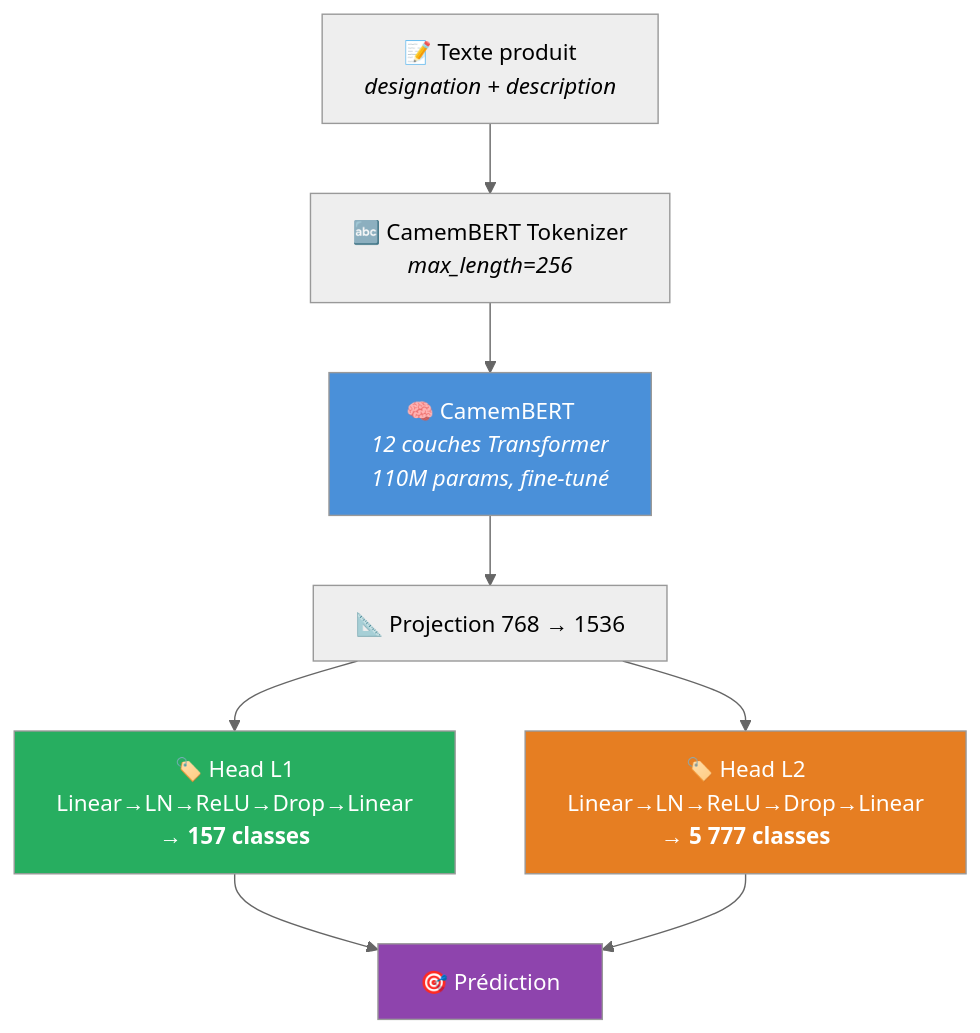
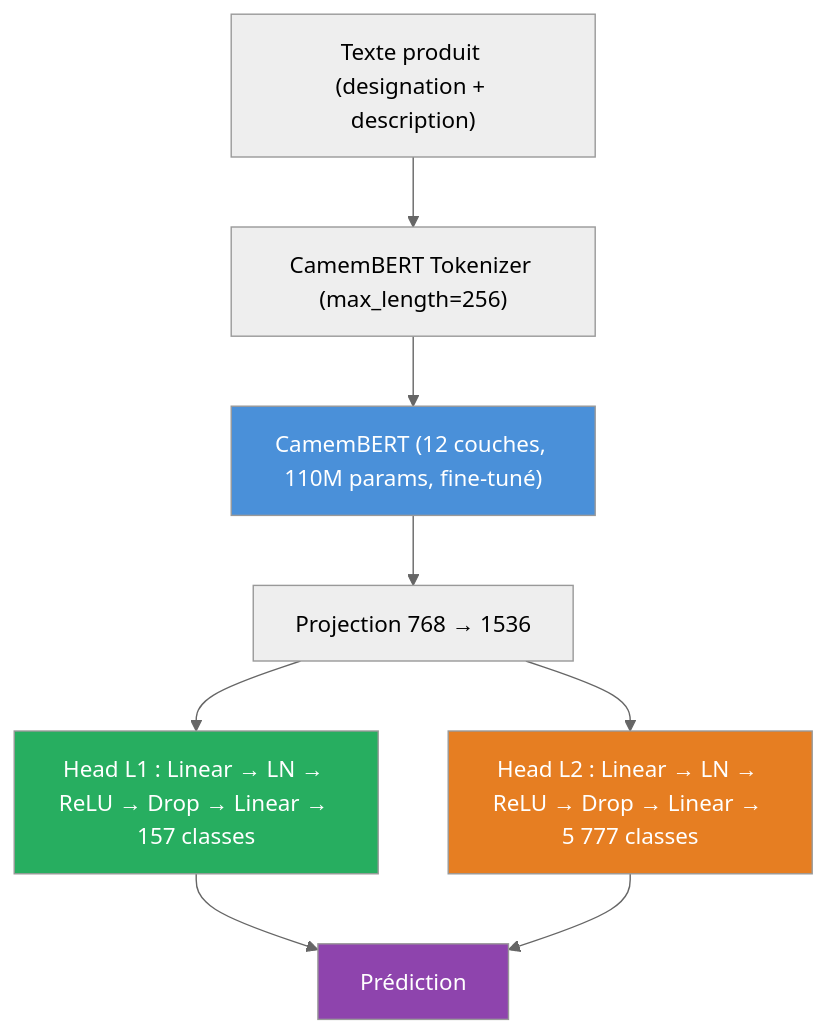
One commit to inptensib/projet-fil-rouge changed the diagram in README.md. Above: the diagram before and after it, drawn with Mermaid (neutral theme). The commit also changed other lines of this file and 2 other files, not shown here.

````diff
--- a/README.md
+++ b/README.md
@@ -48,19 +62,19 @@
 ```mermaid
 graph TD
-    A["📝 Texte produit<br/><i>designation + description</i>"] --> B
-    B["🔤 CamemBERT Tokenizer<br/><i>max_length=256</i>"] --> C
-    C["🧠 CamemBERT<br/><i>12 couches Transformer<br/>110M params, fine-tuné</i>"] --> D
-    D["📐 Projection 768 → 1536"] --> E1
+    A["Texte produit (designation + description)"] --> B
+    B["CamemBERT Tokenizer (max_length=256)"] --> C
+    C["CamemBERT (12 couches, 110M params, fine-tuné)"] --> D
+    D["Projection 768 → 1536"] --> E1
     D --> E2
 
-    E1["🏷️ Head L1<br/>Linear→LN→ReLU→Drop→Linear<br/><b>→ 157 classes</b>"]
-    E2["🏷️ Head L2<br/>Linear→LN→ReLU→Drop→Linear<br/><b>→ 5 777 classes</b>"]
+    E1["Head L1 : Linear → LN → ReLU → Drop → Linear → 157 classes"]
+    E2["Head L2 : Linear → LN → ReLU → Drop → Linear → 5 777 classes"]
 
-    E1 --> F["🎯 Prédiction"]
+    E1 --> F["Prédiction"]
     E2 --> F
 
     style C fill:#4A90D9,color:white
     style E1 fill:#27AE60,color:white
     style E2 fill:#E67E22,color:white
     style F fill:#8E44AD,color:white
 ```
````
